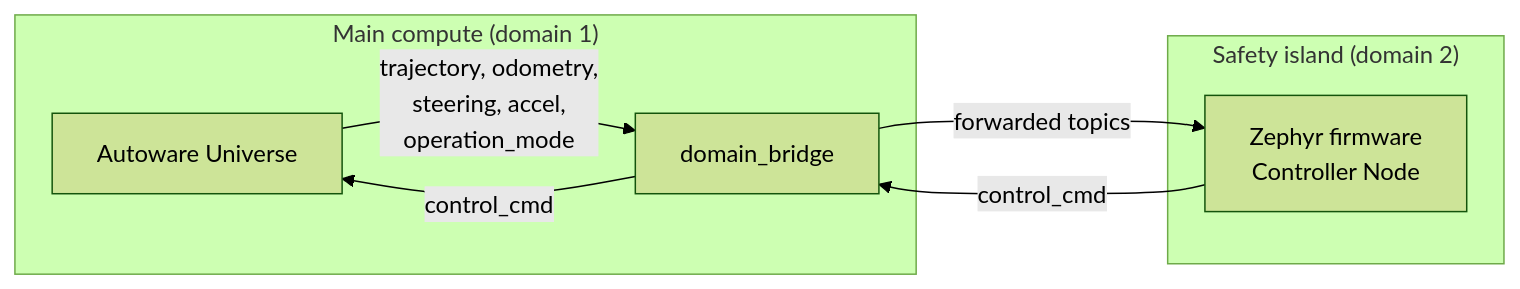
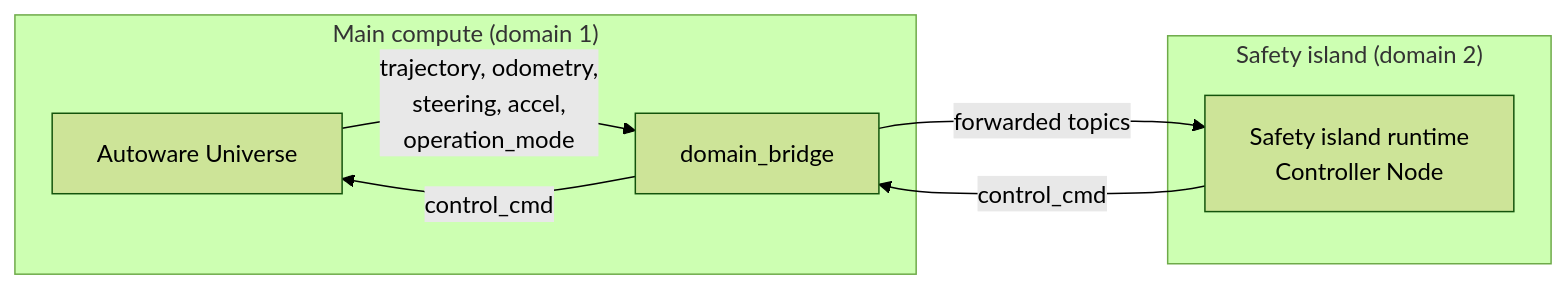
One commit to autowarefoundation/autoware-safety-island changed the diagram in documentation/design/architecture.rst. Above: the diagram before and after it, drawn with Mermaid (forest theme). The commit also changed other lines of this file and 18 other files, not shown here.

```diff
--- a/documentation/design/architecture.rst
+++ b/documentation/design/architecture.rst
@@ -31,16 +31,16 @@
 .. mermaid::
 
    graph LR
        subgraph "Main compute (domain 1)"
            Autoware[Autoware Universe]
            Bridge[domain_bridge]
        end
 
-       subgraph "Safety island (domain 2)"
-           Firmware[Zephyr firmware<br/>Controller Node]
-       end
+        subgraph "Safety island (domain 2)"
+            Firmware[Safety island runtime<br/>Controller Node]
+        end
 
        Autoware -- trajectory, odometry,<br/>steering, accel,<br/>operation_mode --> Bridge
        Bridge -- forwarded topics --> Firmware
        Firmware -- control_cmd --> Bridge
        Bridge -- control_cmd --> Autoware
```
